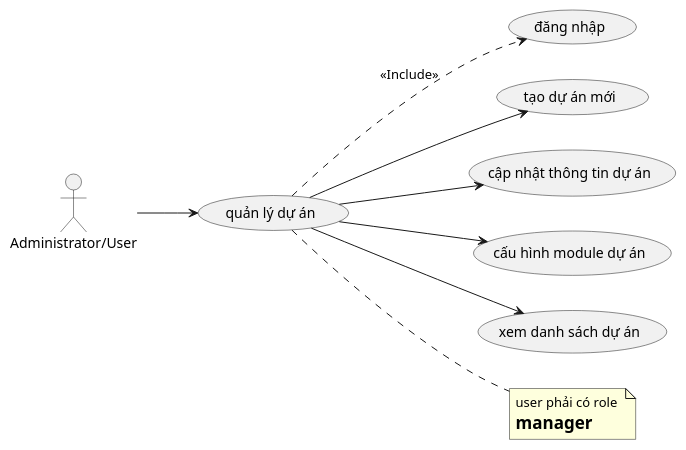
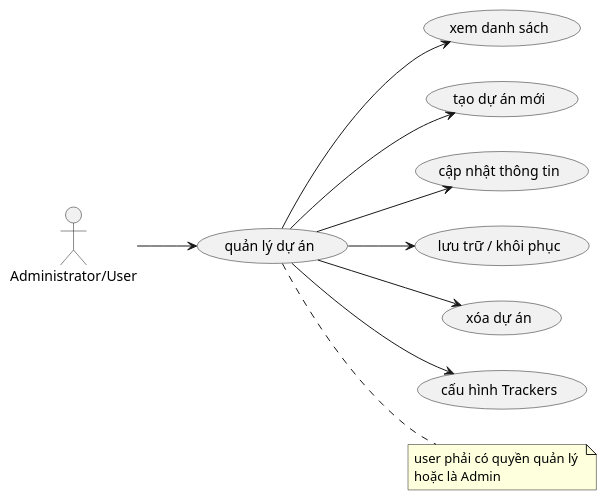
Before and after one commit to docuong039/worksphere: the diagram in docs/use-cases/09_quan_ly_du_an.md, drawn with PlantUML. The commit also changed other lines of this file and 26 other files, not shown here.

Commit message:
update diagram

````diff
--- a/docs/use-cases/09_quan_ly_du_an.md
+++ b/docs/use-cases/09_quan_ly_du_an.md
@@ -5,29 +5,30 @@
 ```plantuml
 @startuml
 left to right direction
 actor "Administrator/User" as User
 
-usecase "đăng nhập" as UC_Login
 usecase "quản lý dự án" as UC_ManageProject
 
 ' Các use case con
-usecase "tạo dự án mới" as UC01
-usecase "cập nhật thông tin dự án" as UC02
-usecase "cấu hình module dự án" as UC03
-usecase "xem danh sách dự án" as UC04
+usecase "xem danh sách" as UC01
+usecase "tạo dự án mới" as UC02
+usecase "cập nhật thông tin" as UC03
+usecase "lưu trữ / khôi phục" as UC04
+usecase "xóa dự án" as UC05
+usecase "cấu hình Trackers" as UC06
 
 ' Note
-note "user phải có role \n= manager" as N1
+note "user phải có quyền quản lý \nhoặc là Admin" as N1
 
 User --> UC_ManageProject
 UC_ManageProject .. N1
 
 UC_ManageProject --> UC01
 UC_ManageProject --> UC02
 UC_ManageProject --> UC03
 UC_ManageProject --> UC04
-
-UC_ManageProject ..> UC_Login : <<Include>>
+UC_ManageProject --> UC05
+UC_ManageProject --> UC06
 
 @enduml
 ```
````
